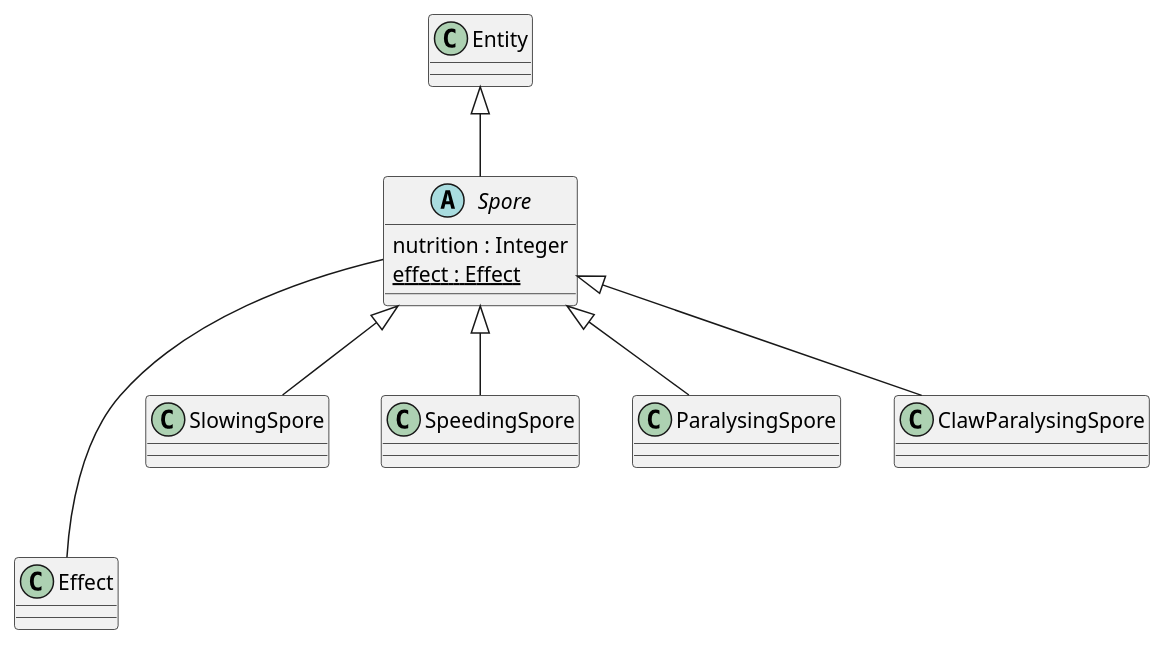
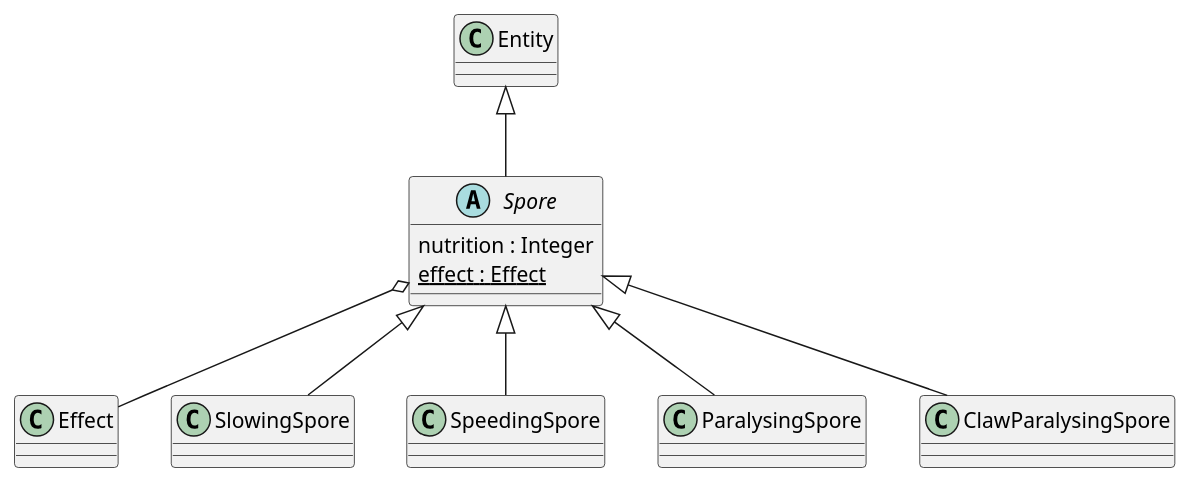
Before and after one commit to Petya-G/fungorium: the diagram in 3/classes/spore.puml, drawn with PlantUML. The commit also changed 7 other files, not shown here.

```diff
--- a/3/classes/spore.puml
+++ b/3/classes/spore.puml
@@ -1,26 +1,26 @@
 @startuml spore
 
 Entity <|-- Spore
-Spore --- Effect
+Spore o-- Effect
 
 abstract class Spore{
     nutrition : Integer
     {static} effect : Effect
 }
 
 Spore <|--SlowingSpore
 class SlowingSpore{
 }
 
 Spore <|--SpeedingSpore
 class SpeedingSpore{
 }
 
 Spore <|--ParalysingSpore
 class ParalysingSpore{
 }
 
 Spore <|--ClawParalysingSpore
 class ClawParalysingSpore{
 }
 @enduml	
```
